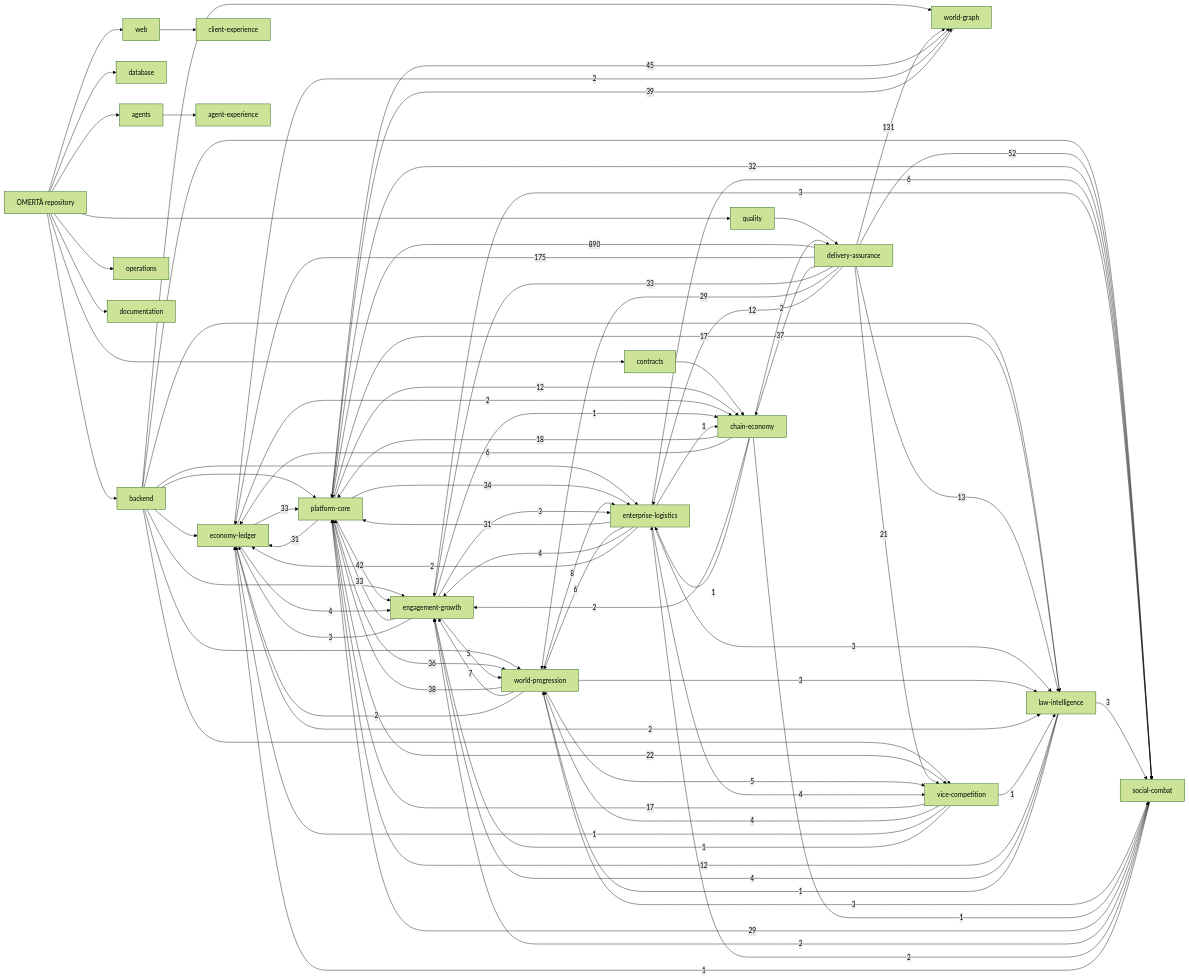
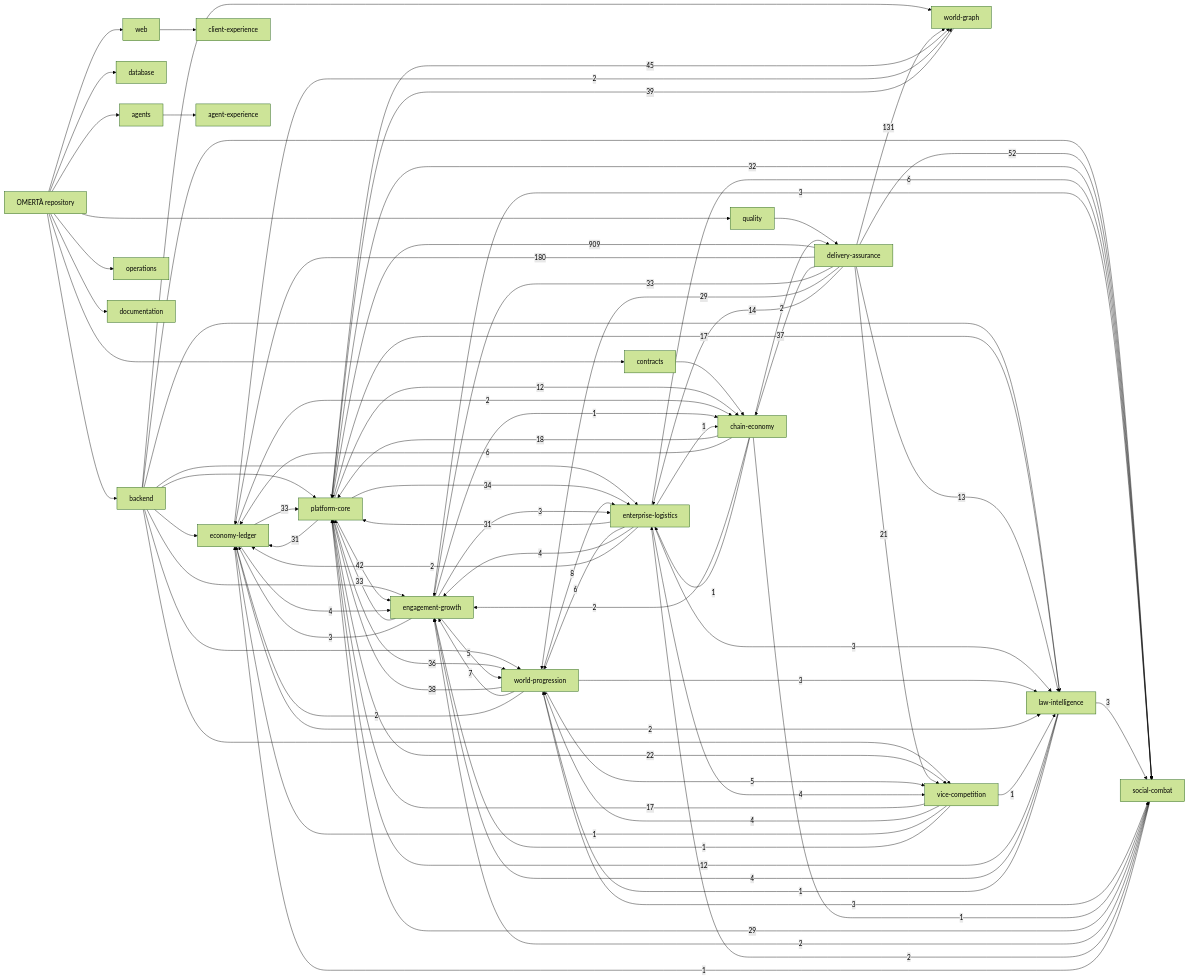
Before and after one commit to OmertaDev/Omerta: the diagram in knowledge/generated/graph.mmd, drawn with Mermaid (forest theme). The commit also changed 6 other files, not shown here.

```diff
--- a/knowledge/generated/graph.mmd
+++ b/knowledge/generated/graph.mmd
@@ -1,109 +1,109 @@
 flowchart LR
   repo["OMERTÀ repository"]
   sub_backend["backend"]
   repo --> sub_backend
   sub_database["database"]
   repo --> sub_database
   sub_web["web"]
   repo --> sub_web
   sub_contracts["contracts"]
   repo --> sub_contracts
   sub_agents["agents"]
   repo --> sub_agents
   sub_quality["quality"]
   repo --> sub_quality
   sub_operations["operations"]
   repo --> sub_operations
   sub_documentation["documentation"]
   repo --> sub_documentation
   dom_platform-core["platform-core"]
   dom_economy-ledger["economy-ledger"]
   dom_social-combat["social-combat"]
   dom_world-progression["world-progression"]
   dom_world-graph["world-graph"]
   dom_enterprise-logistics["enterprise-logistics"]
   dom_vice-competition["vice-competition"]
   dom_law-intelligence["law-intelligence"]
   dom_chain-economy["chain-economy"]
   dom_engagement-growth["engagement-growth"]
   dom_client-experience["client-experience"]
   dom_agent-experience["agent-experience"]
   dom_delivery-assurance["delivery-assurance"]
   sub_agents --> dom_agent-experience
   sub_backend --> dom_economy-ledger
   sub_backend --> dom_engagement-growth
   sub_backend --> dom_enterprise-logistics
   sub_backend --> dom_law-intelligence
   sub_backend --> dom_platform-core
   sub_backend --> dom_social-combat
   sub_backend --> dom_vice-competition
   sub_backend --> dom_world-graph
   sub_backend --> dom_world-progression
   sub_contracts --> dom_chain-economy
   sub_quality --> dom_delivery-assurance
   sub_web --> dom_client-experience
-  dom_delivery-assurance -->|890| dom_platform-core
-  dom_delivery-assurance -->|175| dom_economy-ledger
+  dom_delivery-assurance -->|909| dom_platform-core
+  dom_delivery-assurance -->|180| dom_economy-ledger
   dom_delivery-assurance -->|131| dom_world-graph
   dom_delivery-assurance -->|52| dom_social-combat
   dom_platform-core -->|45| dom_world-graph
   dom_platform-core -->|42| dom_engagement-growth
   dom_world-graph -->|39| dom_platform-core
   dom_world-progression -->|38| dom_platform-core
   dom_delivery-assurance -->|37| dom_chain-economy
   dom_platform-core -->|36| dom_world-progression
   dom_platform-core -->|34| dom_enterprise-logistics
   dom_delivery-assurance -->|33| dom_engagement-growth
   dom_economy-ledger -->|33| dom_platform-core
   dom_engagement-growth -->|33| dom_platform-core
   dom_platform-core -->|32| dom_social-combat
   dom_enterprise-logistics -->|31| dom_platform-core
   dom_platform-core -->|31| dom_economy-ledger
   dom_delivery-assurance -->|29| dom_world-progression
   dom_social-combat -->|29| dom_platform-core
   dom_platform-core -->|22| dom_vice-competition
   dom_delivery-assurance -->|21| dom_vice-competition
   dom_chain-economy -->|18| dom_platform-core
   dom_platform-core -->|17| dom_law-intelligence
   dom_vice-competition -->|17| dom_platform-core
+  dom_delivery-assurance -->|14| dom_enterprise-logistics
   dom_delivery-assurance -->|13| dom_law-intelligence
-  dom_delivery-assurance -->|12| dom_enterprise-logistics
   dom_law-intelligence -->|12| dom_platform-core
   dom_platform-core -->|12| dom_chain-economy
   dom_world-progression -->|8| dom_enterprise-logistics
   dom_world-progression -->|7| dom_engagement-growth
   dom_chain-economy -->|6| dom_economy-ledger
   dom_enterprise-logistics -->|6| dom_social-combat
   dom_enterprise-logistics -->|6| dom_world-progression
   dom_engagement-growth -->|5| dom_world-progression
   dom_world-progression -->|5| dom_vice-competition
   dom_economy-ledger -->|4| dom_engagement-growth
   dom_enterprise-logistics -->|4| dom_engagement-growth
   dom_enterprise-logistics -->|4| dom_vice-competition
   dom_law-intelligence -->|4| dom_engagement-growth
   dom_vice-competition -->|4| dom_world-progression
   dom_engagement-growth -->|3| dom_economy-ledger
   dom_engagement-growth -->|3| dom_enterprise-logistics
   dom_engagement-growth -->|3| dom_social-combat
   dom_enterprise-logistics -->|3| dom_law-intelligence
   dom_law-intelligence -->|3| dom_social-combat
   dom_world-progression -->|3| dom_law-intelligence
   dom_world-progression -->|3| dom_social-combat
   dom_chain-economy -->|2| dom_delivery-assurance
   dom_chain-economy -->|2| dom_engagement-growth
   dom_economy-ledger -->|2| dom_chain-economy
   dom_economy-ledger -->|2| dom_law-intelligence
   dom_economy-ledger -->|2| dom_world-graph
   dom_enterprise-logistics -->|2| dom_economy-ledger
   dom_social-combat -->|2| dom_engagement-growth
   dom_social-combat -->|2| dom_enterprise-logistics
   dom_world-progression -->|2| dom_economy-ledger
   dom_chain-economy -->|1| dom_enterprise-logistics
   dom_chain-economy -->|1| dom_social-combat
   dom_engagement-growth -->|1| dom_chain-economy
   dom_enterprise-logistics -->|1| dom_chain-economy
   dom_law-intelligence -->|1| dom_world-progression
   dom_social-combat -->|1| dom_economy-ledger
   dom_vice-competition -->|1| dom_economy-ledger
   dom_vice-competition -->|1| dom_engagement-growth
   dom_vice-competition -->|1| dom_law-intelligence
```
